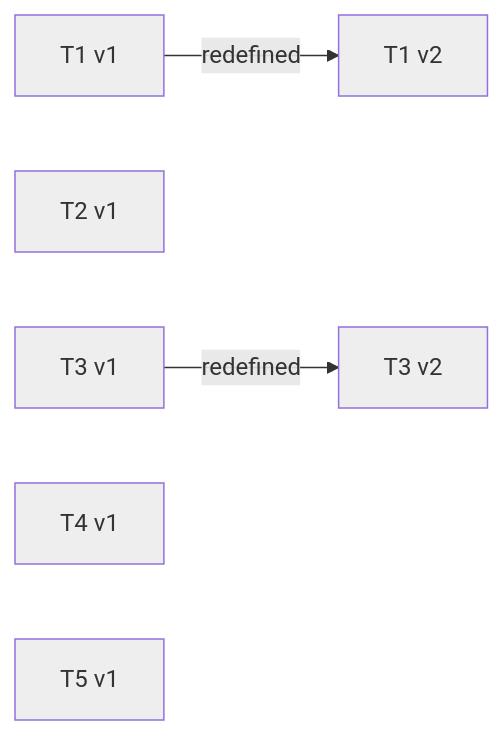
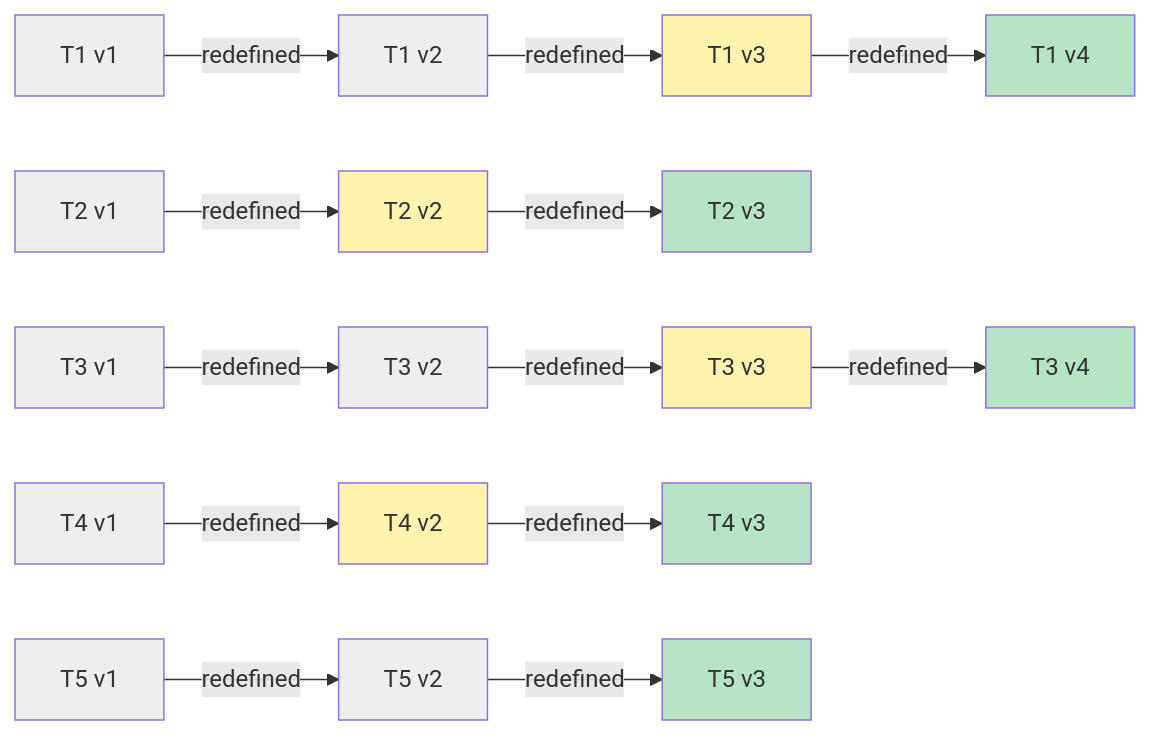
One commit to Curry09/OpenAgents changed diagram 31 of 31 in docs/specs/OVERVIEW.md. Above: the diagram before and after it, drawn with Mermaid. The commit also changed other lines of this file and 36 other files, not shown here.

````diff
--- a/docs/specs/OVERVIEW.md
+++ b/docs/specs/OVERVIEW.md
@@ -721,20 +768,52 @@
 ```mermaid
 graph LR
     v_T1_1["T1 v1"]
     v_T1_2["T1 v2"]
+    v_T1_3["T1 v3"]
+    v_T1_4["T1 v4"]
     v_T1_1 -->|redefined| v_T1_2
+    v_T1_2 -->|redefined| v_T1_3
+    v_T1_3 -->|redefined| v_T1_4
     v_T2_1["T2 v1"]
+    v_T2_2["T2 v2"]
+    v_T2_3["T2 v3"]
+    v_T2_1 -->|redefined| v_T2_2
+    v_T2_2 -->|redefined| v_T2_3
     v_T3_1["T3 v1"]
     v_T3_2["T3 v2"]
+    v_T3_3["T3 v3"]
+    v_T3_4["T3 v4"]
     v_T3_1 -->|redefined| v_T3_2
+    v_T3_2 -->|redefined| v_T3_3
+    v_T3_3 -->|redefined| v_T3_4
     v_T4_1["T4 v1"]
+    v_T4_2["T4 v2"]
+    v_T4_3["T4 v3"]
+    v_T4_1 -->|redefined| v_T4_2
+    v_T4_2 -->|redefined| v_T4_3
     v_T5_1["T5 v1"]
+    v_T5_2["T5 v2"]
+    v_T5_3["T5 v3"]
+    v_T5_1 -->|redefined| v_T5_2
+    v_T5_2 -->|redefined| v_T5_3
+    classDef st_done fill:#b7e4c7;
+    classDef st_in_progress fill:#fff3b0;
     classDef st_pending fill:#eeeeee;
     class v_T1_1 st_pending;
     class v_T1_2 st_pending;
+    class v_T1_3 st_in_progress;
+    class v_T1_4 st_done;
     class v_T2_1 st_pending;
+    class v_T2_2 st_in_progress;
+    class v_T2_3 st_done;
     class v_T3_1 st_pending;
     class v_T3_2 st_pending;
+    class v_T3_3 st_in_progress;
+    class v_T3_4 st_done;
     class v_T4_1 st_pending;
+    class v_T4_2 st_in_progress;
+    class v_T4_3 st_done;
     class v_T5_1 st_pending;
+    class v_T5_2 st_pending;
+    class v_T5_3 st_done;
 ```
````
